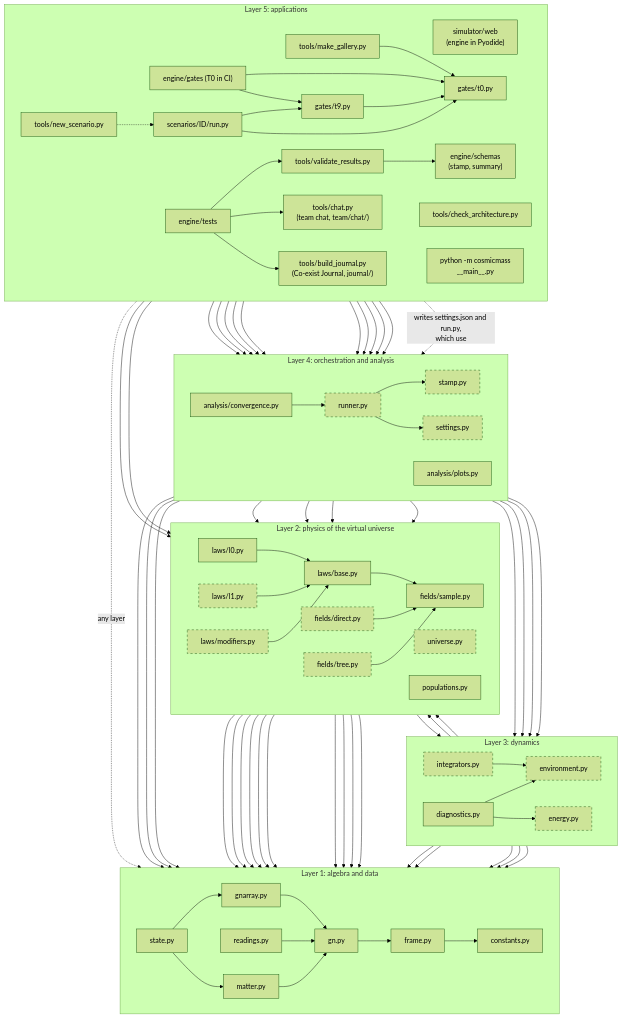
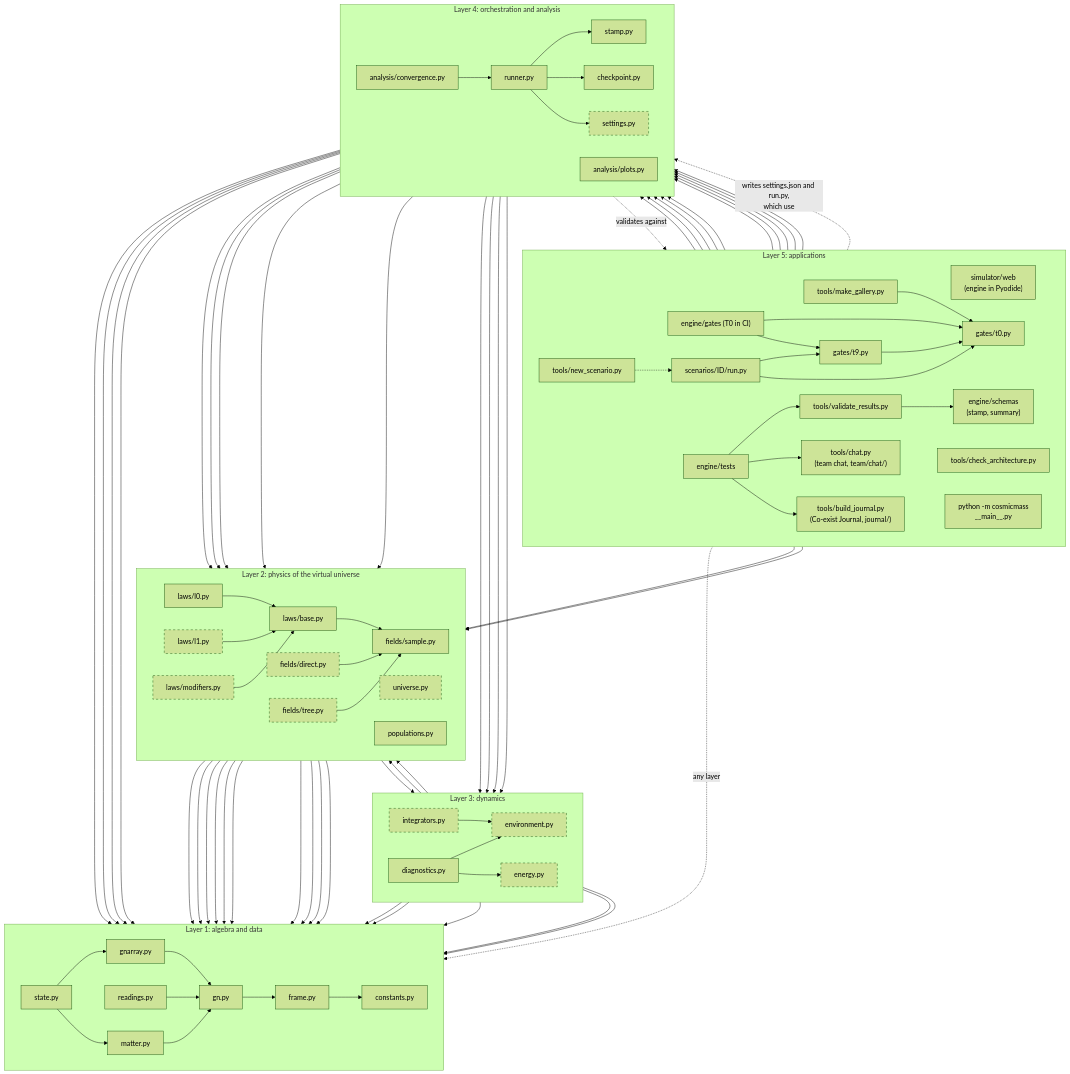
The second of 8 diagrams in ARCHITECTURE.md (isaacmindx-collab/cosmic-mass-lab), drawn with Mermaid (forest theme) before and after one commit. The commit also changed other lines of this file and 15 other files, not shown here.

First line of the commit message:
E7: checkpoints and resuming, step control, the T0 status of the stamp, the schema check

```diff
--- a/ARCHITECTURE.md
+++ b/ARCHITECTURE.md
@@ -160,8 +161,9 @@
 
     subgraph L4["Layer 4: orchestration and analysis"]
         direction LR
-        runner["runner.py"]:::planned
-        stamp["stamp.py"]:::planned
+        runner["runner.py"]
+        checkpoint["checkpoint.py"]
+        stamp["stamp.py"]
         settings["settings.py"]:::planned
         convergence["analysis/convergence.py"]
         plots["analysis/plots.py"]
@@ -228,6 +230,10 @@
     runner --> environment
     runner --> diagnostics
     runner --> stamp
+    runner --> checkpoint
+    checkpoint --> state
+    checkpoint --> fieldsample
+    stamp -.->|"validates against"| schemas
     runner --> settings
     runner --> fields
     settings --> universe
```
